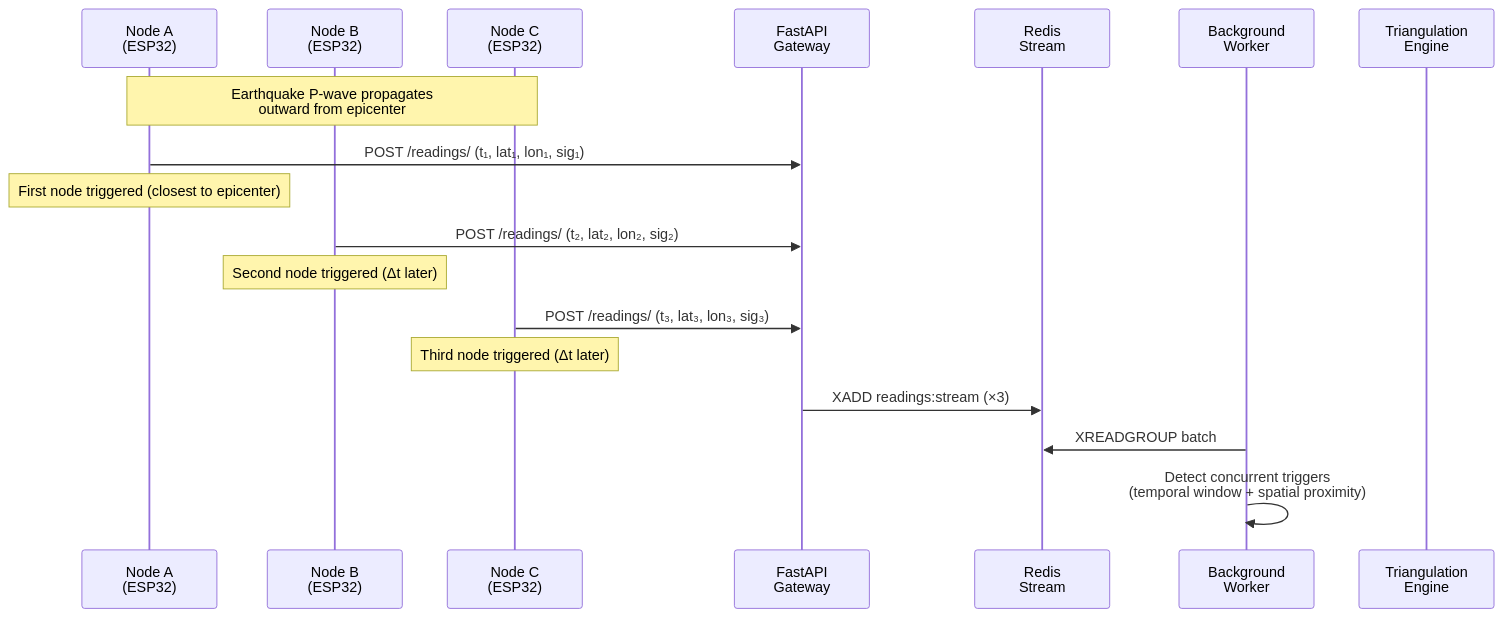
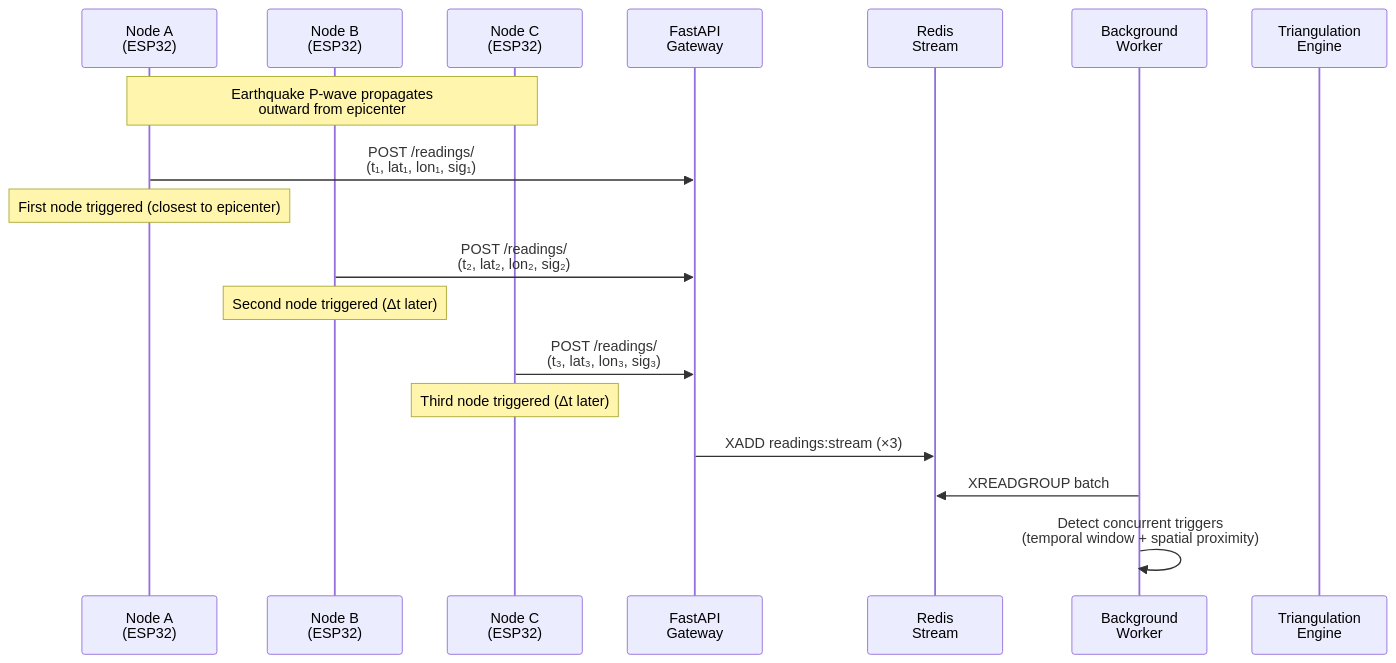
The first of 2 diagrams in docs/diagrams/sequence-triangulation.md (GiZano/QuakeGuard), drawn with Mermaid before and after one commit. The commit also changed other lines of this file and 3 other files, not shown here.

Commit message:
docs: apply font sizing to mermaid diagrams

````diff
--- a/docs/diagrams/sequence-triangulation.md
+++ b/docs/diagrams/sequence-triangulation.md
@@ -5,26 +5,27 @@
 ```mermaid
+%%{init: {"sequence": {"actorFontSize": 20, "messageFontSize": 18, "noteFontSize": 18}}}%%
 sequenceDiagram
     participant N1 as Node A<br/>(ESP32)
     participant N2 as Node B<br/>(ESP32)
     participant N3 as Node C<br/>(ESP32)
     participant API as FastAPI<br/>Gateway
     participant Redis as Redis<br/>Stream
     participant Worker as Background<br/>Worker
     participant Tri as Triangulation<br/>Engine
 
     Note over N1,N3: Earthquake P-wave propagates<br/>outward from epicenter
 
-    N1->>API: POST /readings/ (t₁, lat₁, lon₁, sig₁)
+    N1->>API: POST /readings/<br/>(t₁, lat₁, lon₁, sig₁)
     Note over N1: First node triggered (closest to epicenter)
 
-    N2->>API: POST /readings/ (t₂, lat₂, lon₂, sig₂)
+    N2->>API: POST /readings/<br/>(t₂, lat₂, lon₂, sig₂)
     Note over N2: Second node triggered (Δt later)
 
-    N3->>API: POST /readings/ (t₃, lat₃, lon₃, sig₃)
+    N3->>API: POST /readings/<br/>(t₃, lat₃, lon₃, sig₃)
     Note over N3: Third node triggered (Δt later)
 
     API->>Redis: XADD readings:stream (×3)
 
     Worker->>Redis: XREADGROUP batch
     Worker->>Worker: Detect concurrent triggers<br/>(temporal window + spatial proximity)
 ```
````
